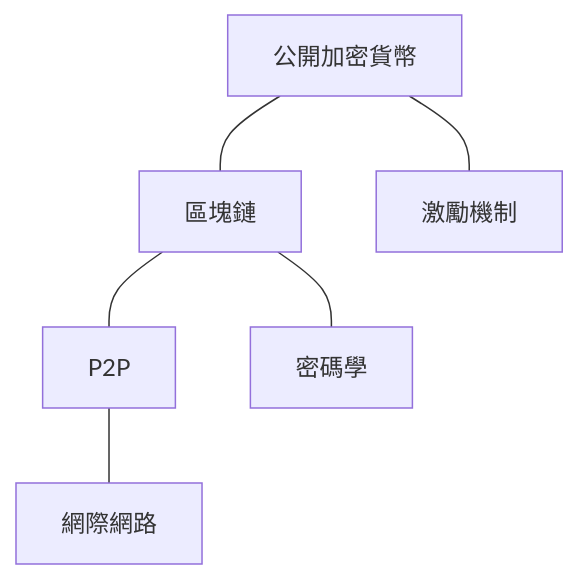
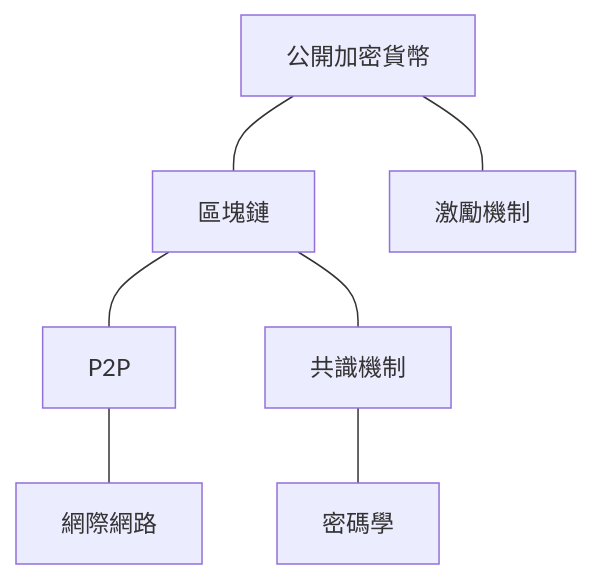
One commit to gasolin/blog changed the diagram in source/_posts/what-is-blockchain.md. Above: the diagram before and after it, drawn with Mermaid. The commit also changed other lines of this file, not shown here.

Commit message:
update diagram

```diff
--- a/source/_posts/what-is-blockchain.md
+++ b/source/_posts/what-is-blockchain.md
@@ -21,8 +21,9 @@
 {% mermaid %}
 graph TD
 公開加密貨幣 --- 區塊鏈
 公開加密貨幣 --- 激勵機制
 區塊鏈 --- P2P
-區塊鏈 --- 密碼學
+區塊鏈 --- 共識機制
+共識機制 --- 密碼學
 P2P --- 網際網路
 {% endmermaid %}
```
